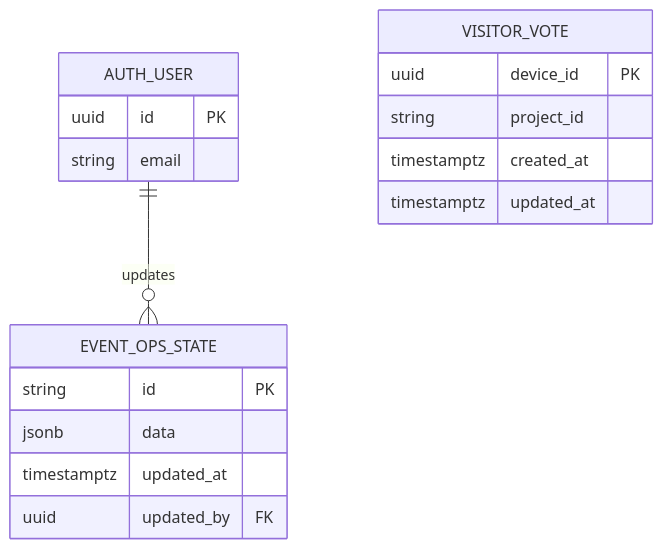
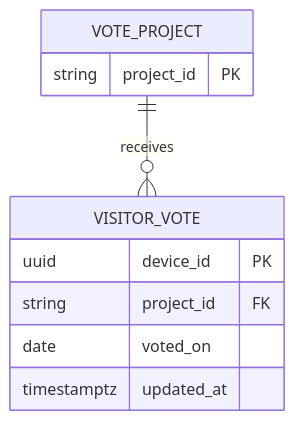
One commit to kokutowarabi/event-ops changed the diagram in docs/er.md. Above: the diagram before and after it, drawn with Mermaid. The commit also changed other lines of this file and 18 other files, not shown here.

````diff
--- a/docs/er.md
+++ b/docs/er.md
@@ -3,23 +3,15 @@
 ```mermaid
 erDiagram
-  AUTH_USER {
-    uuid id PK
-    string email
-  }
+  VOTE_PROJECT ||--o{ VISITOR_VOTE : receives
 
-  EVENT_OPS_STATE {
-    string id PK
-    jsonb data
-    timestamptz updated_at
-    uuid updated_by FK
+  VOTE_PROJECT {
+    string project_id PK
   }
 
   VISITOR_VOTE {
     uuid device_id PK
-    string project_id
-    timestamptz created_at
+    string project_id FK
+    date voted_on
     timestamptz updated_at
   }
-
-  AUTH_USER ||--o{ EVENT_OPS_STATE : updates
 ```
````
